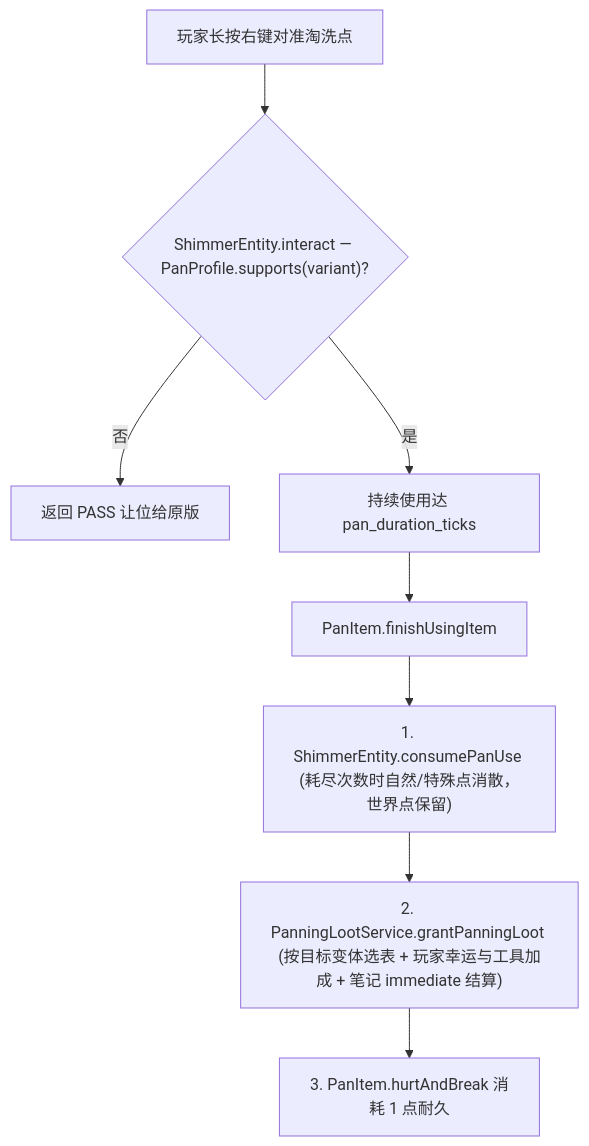
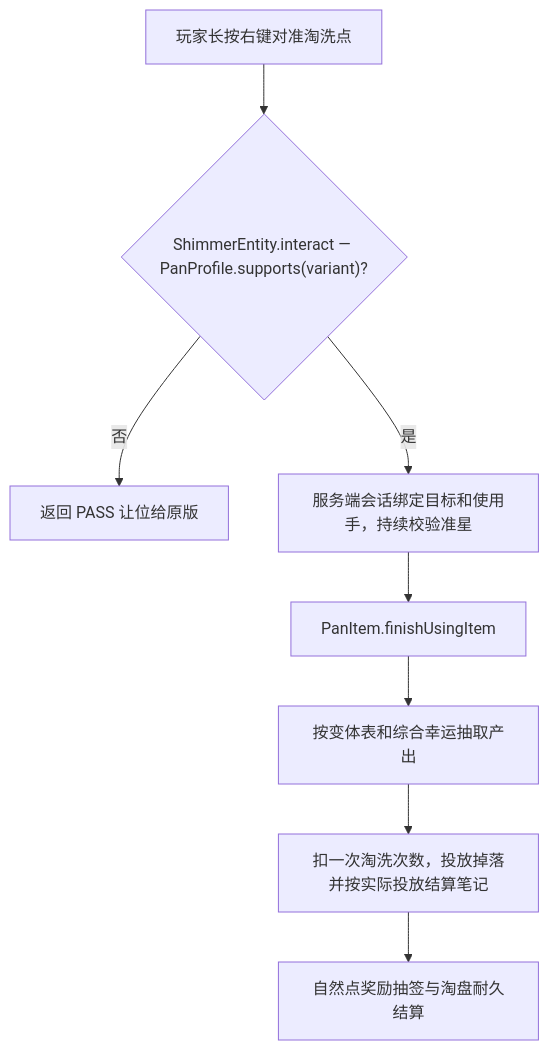
Before and after one commit to meteoritel/unsuspicious-block: the first of 2 diagrams in docs/dev/subsystems/panning.md, drawn with Mermaid. The commit also changed other lines of this file and 47 other files, not shown here.

````diff
--- a/docs/dev/subsystems/panning.md
+++ b/docs/dev/subsystems/panning.md
@@ -25,10 +25,10 @@
 ```mermaid
 flowchart TD
     Interact["玩家长按右键对准淘洗点"] --> Accept{"ShimmerEntity.interact — PanProfile.supports(variant)?"}
     Accept -->|"否"| Pass["返回 PASS 让位给原版"]
-    Accept -->|"是"| Hold["持续使用达 pan_duration_ticks"]
+    Accept -->|"是"| Hold["服务端会话绑定目标和使用手，持续校验准星"]
     Hold --> Finish["PanItem.finishUsingItem"]
-    Finish --> Consume["1. ShimmerEntity.consumePanUse (耗尽次数时自然/特殊点消散，世界点保留)"]
-    Consume --> Loot["2. PanningLootService.grantPanningLoot (按目标变体选表 + 玩家幸运与工具加成 + 笔记 immediate 结算)"]
-    Loot --> Break["3. PanItem.hurtAndBreak 消耗 1 点耐久"]
+    Finish --> Loot["按变体表和综合幸运抽取产出"]
+    Loot --> Consume["扣一次淘洗次数，投放掉落并按实际投放结算笔记"]
+    Consume --> Break["自然点奖励抽签与淘盘耐久结算"]
 ```
````
